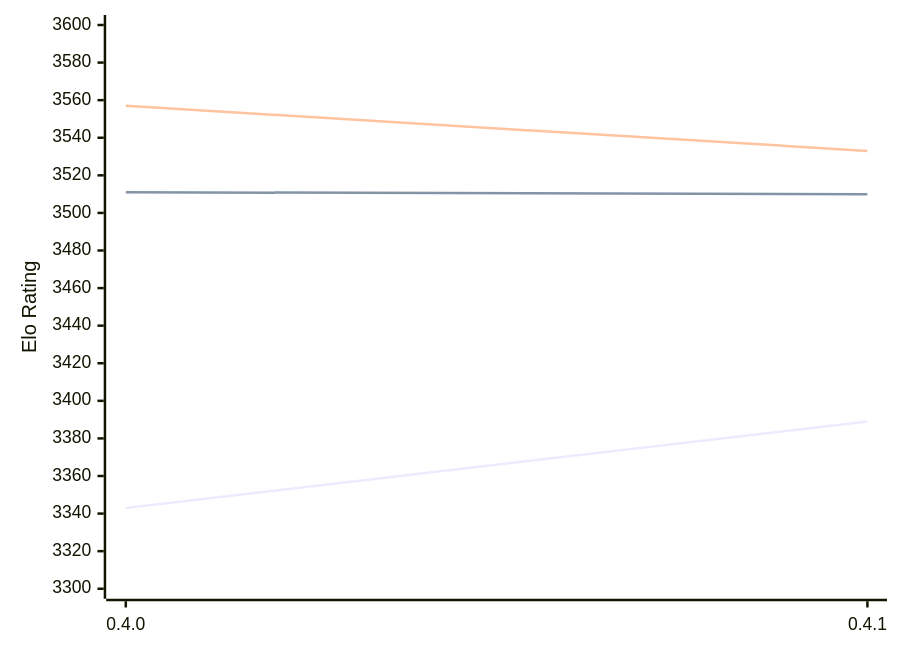
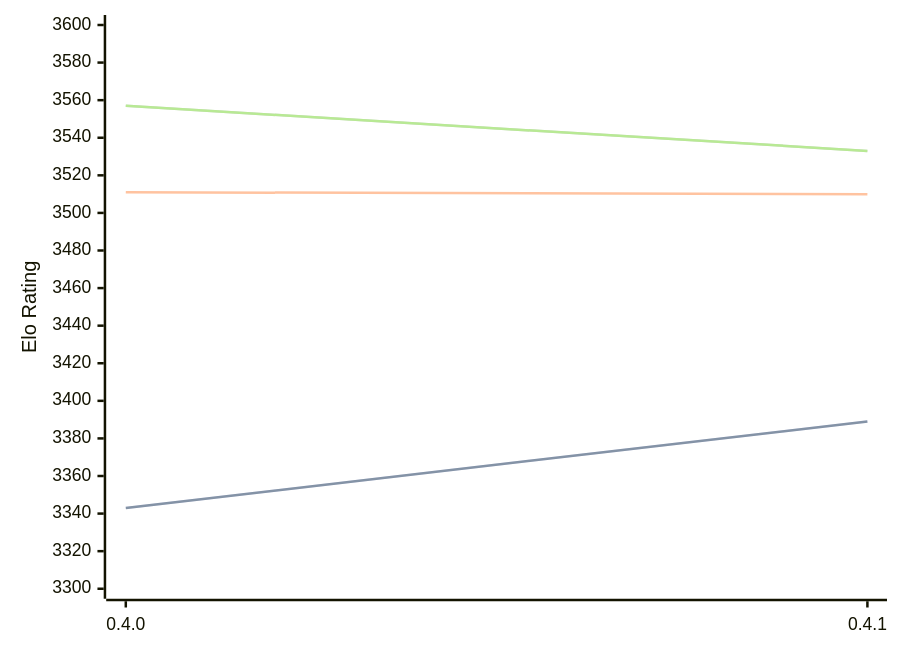
One commit to computer-chess-index/cci changed the diagram in engines/Cinder.md. Above: the diagram before and after it, drawn with Mermaid. The commit also changed other lines of this file, not shown here.

Commit message:
Update CCI Ratings (ELO VLTC) - 2026-02-13

````diff
--- a/engines/Cinder.md
+++ b/engines/Cinder.md
@@ -37,9 +37,11 @@
 ```mermaid
 %%{init: {"theme":"base","themeVariables":{"seriesColors:['#a3a3a3','#222221','#faa371']}}}%%
 xychart-beta
   x-axis ["0.4.0", "0.4.1"]
   y-axis "Elo Rating" 3300 --> 3600
   line "STC (8.0+0.08s)" [3343, 3389]
+  line "STC (8.0+0.08s)" [3343, 3389]
   line "LTC (60.0+0.60s)" [3511, 3510]
   line "VLTC (2m24s+1.12s)" [3557, 3533]
+  line "VLTC (2m24s+1.12s)" [3557, 3533]
 ```
````
